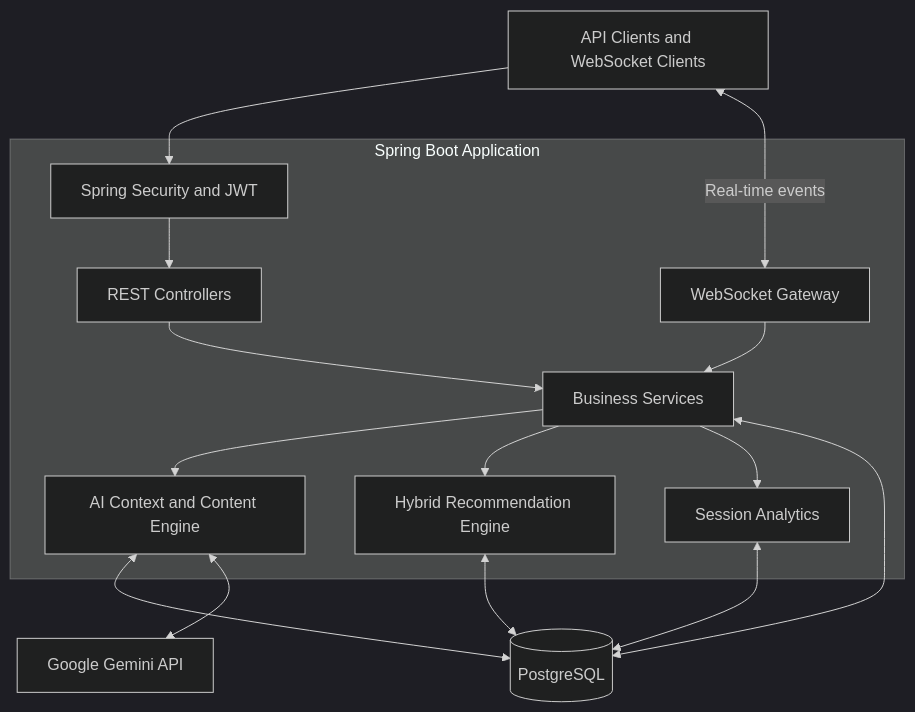
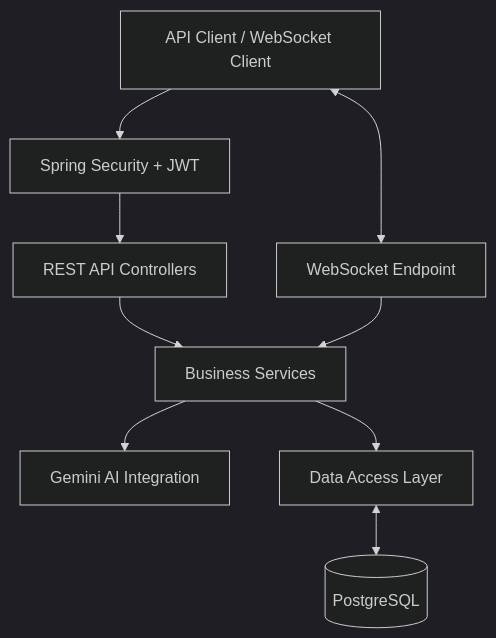
One commit to rajujindam/ai-watch-spaces changed the diagram in README.md. Above: the diagram before and after it, drawn with Mermaid (dark theme). The commit also changed other lines of this file, not shown here.

````diff
--- a/README.md
+++ b/README.md
@@ -133,34 +80,20 @@
 ```mermaid
 flowchart TD
-    Client[API Clients and WebSocket Clients]
-
-    subgraph App[Spring Boot Application]
-        Security[Spring Security and JWT]
-        REST[REST Controllers]
-        WS[WebSocket Gateway]
-        Services[Business Services]
-        AI[AI Context and Content Engine]
-        REC[Hybrid Recommendation Engine]
-        Analytics[Session Analytics]
-    end
-
+    Client[API Client / WebSocket Client]
+    Security[Spring Security + JWT]
+    API[REST API Controllers]
+    WS[WebSocket Endpoint]
+    Service[Business Services]
+    AI[Gemini AI Integration]
+    Repo[Data Access Layer]
     DB[(PostgreSQL)]
-    Gemini[Google Gemini API]
 
     Client --> Security
-    Security --> REST
-    Client <-->|Real-time events| WS
-
-    REST --> Services
-    WS --> Services
-
-    Services --> AI
-    Services --> REC
-    Services --> Analytics
-
-    Services <--> DB
-    AI <--> DB
-    AI <--> Gemini
-    REC <--> DB
-    Analytics <--> DB
+    Security --> API
+    Client <--> WS
+    API --> Service
+    WS --> Service
+    Service --> AI
+    Service --> Repo
+    Repo <--> DB
 ```
````
